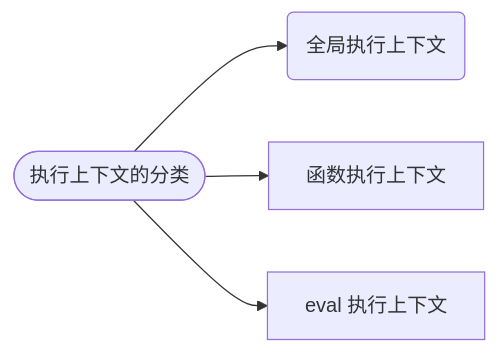
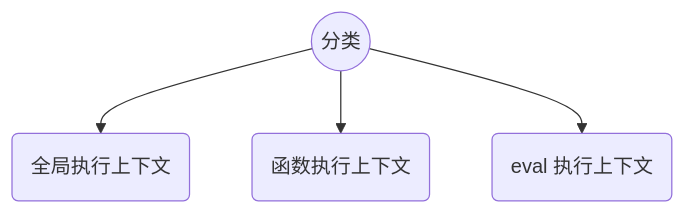
One commit to esmyy/esmyy.github.io changed the first of 6 diagrams in docs/03-JS/11-context.mdx. Above: the diagram before and after it, drawn with Mermaid. The commit also changed other lines of this file and 15 other files, not shown here.

````diff
--- a/docs/03-JS/11-context.mdx
+++ b/docs/03-JS/11-context.mdx
@@ -45,6 +49,6 @@
 ```mermaid
-  flowchart LR
-  ctx([执行上下文的分类]) --> B(全局执行上下文)
-  ctx --> C[函数执行上下文]
-  ctx --> D[eval 执行上下文]
+  flowchart TB
+  ctx((分类)) --> B(全局执行上下文)
+  ctx --> C(函数执行上下文)
+  ctx --> D(eval 执行上下文)
 ```
````
